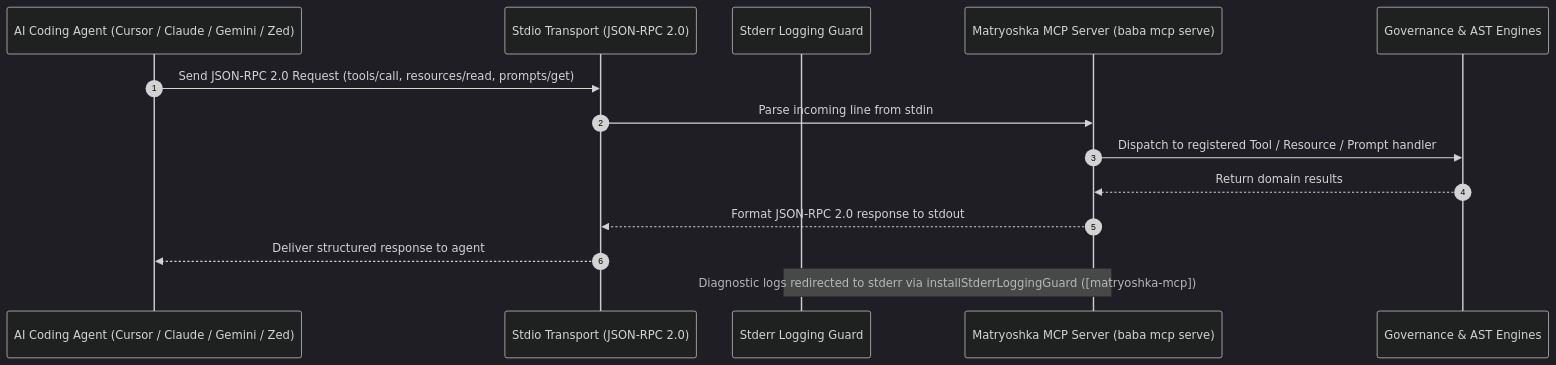
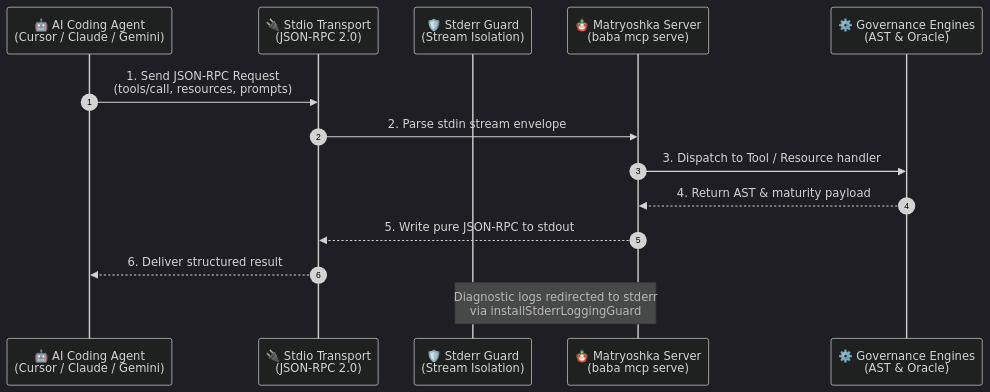
Before and after one commit to maiquelleonel/matryoshka-harness: the diagram in docs/guide/integrations/mcp-server.md, drawn with Mermaid (dark theme). The commit also changed other lines of this file and 24 other files, not shown here.

````diff
--- a/docs/guide/integrations/mcp-server.md
+++ b/docs/guide/integrations/mcp-server.md
@@ -25,17 +25,17 @@
 ```mermaid
 sequenceDiagram
   autonumber
-  participant Agent as AI Coding Agent (Cursor / Claude / Gemini / Zed)
-  participant Stdio as Stdio Transport (JSON-RPC 2.0)
-  participant Guard as Stderr Logging Guard
-  participant Server as Matryoshka MCP Server (baba mcp serve)
-  participant Engine as Governance & AST Engines
+  participant Agent as 🤖 AI Coding Agent<br/>(Cursor / Claude / Gemini)
+  participant Stdio as 🔌 Stdio Transport<br/>(JSON-RPC 2.0)
+  participant Guard as 🛡️ Stderr Guard<br/>(Stream Isolation)
+  participant Server as 🪆 Matryoshka Server<br/>(baba mcp serve)
+  participant Engine as ⚙️ Governance Engines<br/>(AST & Oracle)
 
-  Agent->>Stdio: Send JSON-RPC 2.0 Request (tools/call, resources/read, prompts/get)
-  Stdio->>Server: Parse incoming line from stdin
-  Server->>Engine: Dispatch to registered Tool / Resource / Prompt handler
-  Engine-->>Server: Return domain results
-  Server-->>Stdio: Format JSON-RPC 2.0 response to stdout
-  Stdio-->>Agent: Deliver structured response to agent
-  Note over Guard,Server: Diagnostic logs redirected to stderr via installStderrLoggingGuard ([matryoshka-mcp])
+  Agent->>Stdio: 1. Send JSON-RPC Request<br/>(tools/call, resources, prompts)
+  Stdio->>Server: 2. Parse stdin stream envelope
+  Server->>Engine: 3. Dispatch to Tool / Resource handler
+  Engine-->>Server: 4. Return AST & maturity payload
+  Server-->>Stdio: 5. Write pure JSON-RPC to stdout
+  Stdio-->>Agent: 6. Deliver structured result
+  Note over Guard,Server: Diagnostic logs redirected to stderr<br/>via installStderrLoggingGuard
 ```
````
